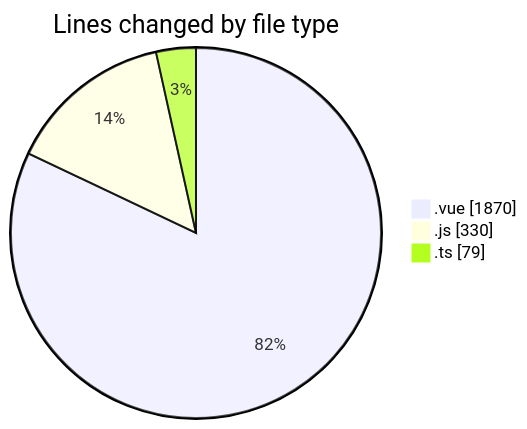
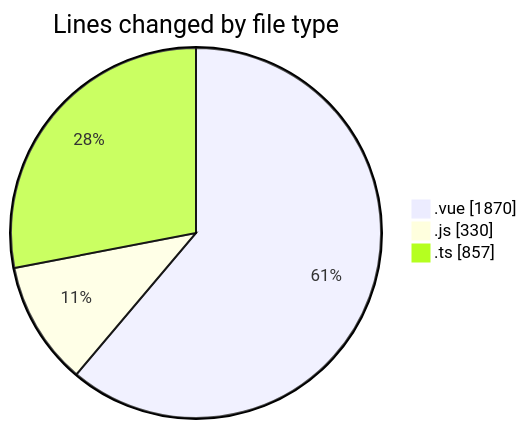
One commit to lephambinh05/code-tracking changed the first of 2 diagrams in 2025-07-14/rentotp/README.md. Above: the diagram before and after it, drawn with Mermaid. The commit also changed other lines of this file and 1 other file, not shown here.

````diff
--- a/2025-07-14/rentotp/README.md
+++ b/2025-07-14/rentotp/README.md
@@ -30,7 +42,7 @@
 ```mermaid
 pie showData
 title Lines changed by file type
 ".vue" : 1870
 ".js" : 330
-".ts" : 79
+".ts" : 857
 ```
````
